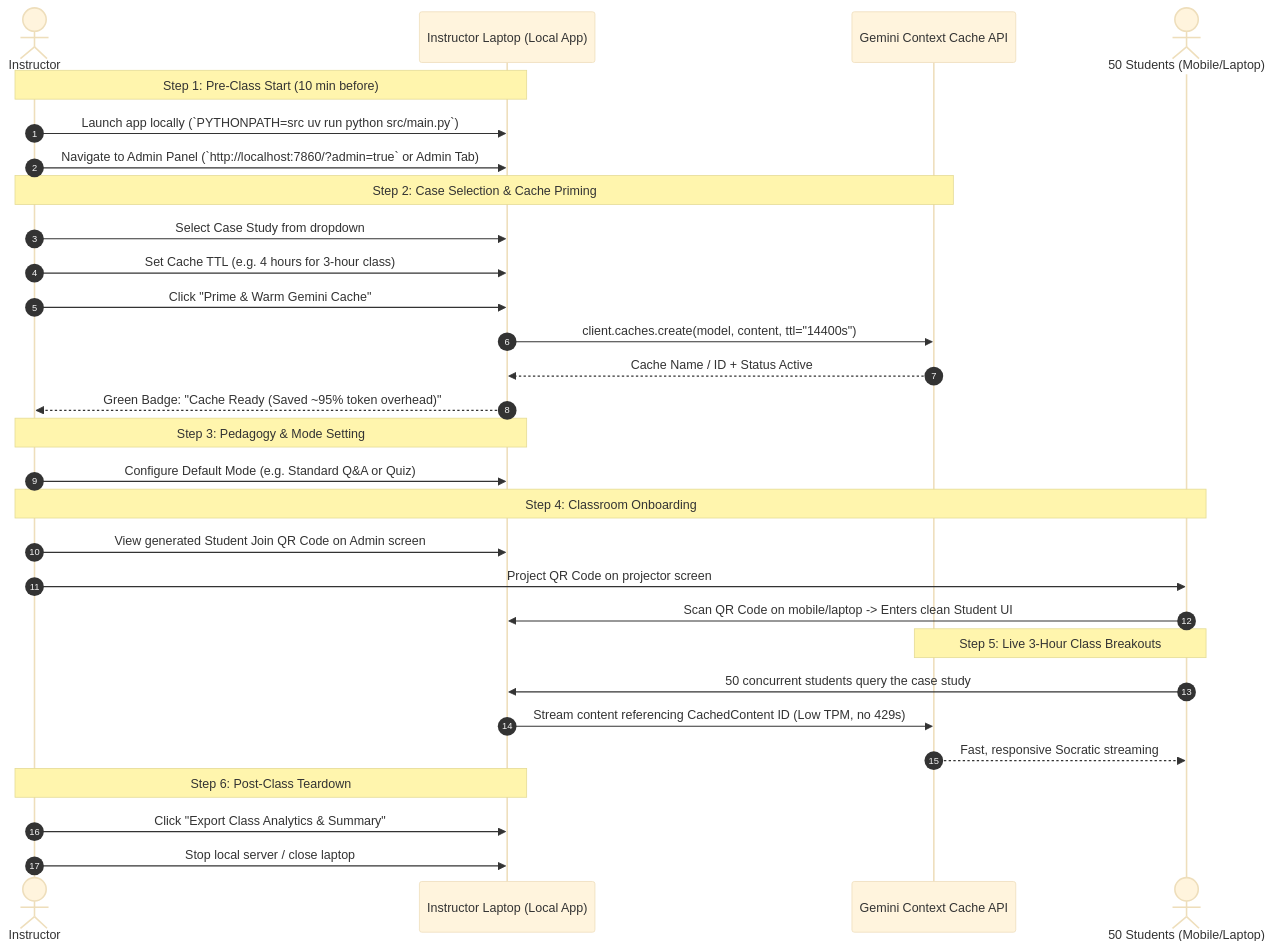
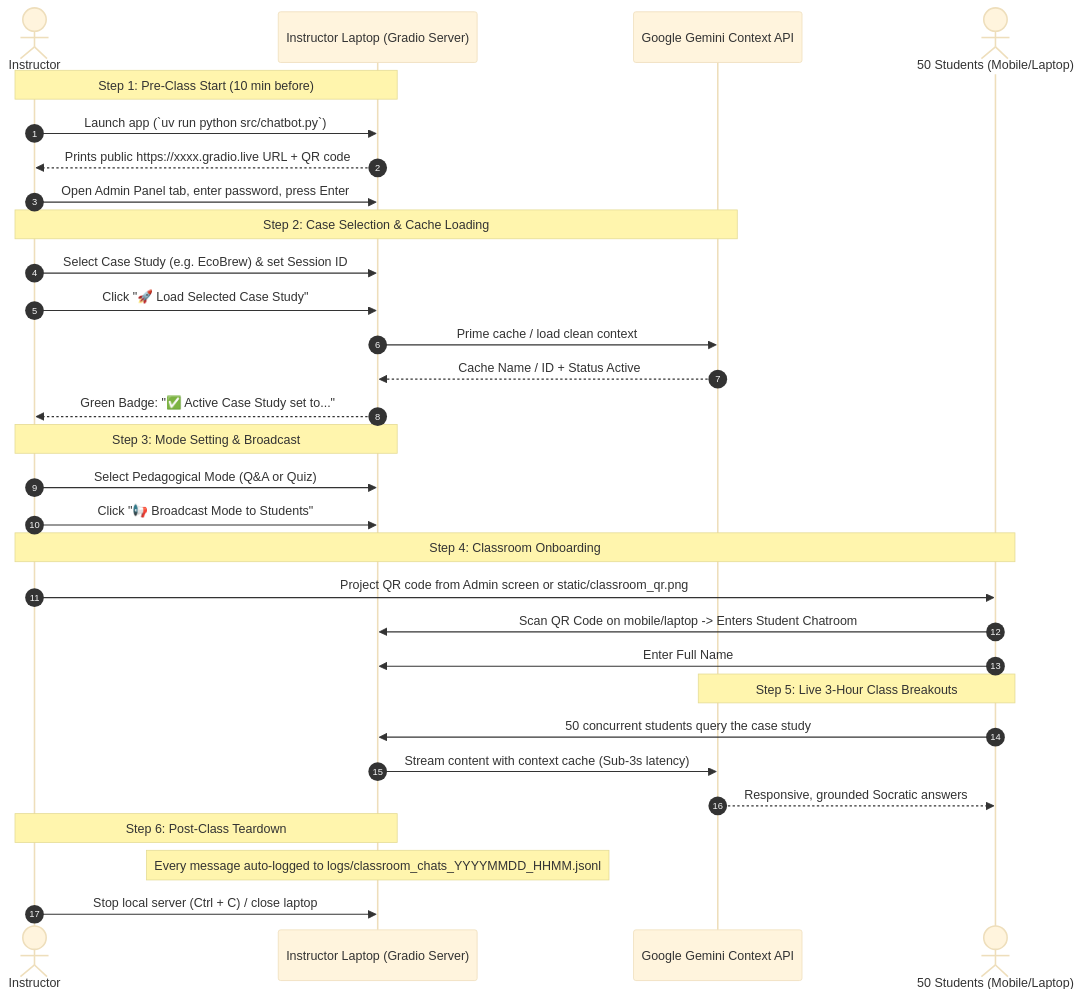
The diagram in docs/CLASSROOM_FLOW.md (questworld26-prog/case-room-jarvis), drawn with Mermaid (base theme) before and after one commit. The commit also changed other lines of this file and 56 other files, not shown here.

Commit message:
feat(cache,licensing): validate gemini api key at startup and uniform apache-2.0 headers

````diff
--- a/docs/CLASSROOM_FLOW.md
+++ b/docs/CLASSROOM_FLOW.md
@@ -18,37 +18,38 @@
 ```mermaid
 sequenceDiagram
     autonumber
     actor Instructor
-    participant App as Instructor Laptop (Local App)
-    participant Gemini as Gemini Context Cache API
+    participant App as Instructor Laptop (Gradio Server)
+    participant Gemini as Google Gemini Context API
     actor Students as 50 Students (Mobile/Laptop)
 
     Note over Instructor,App: Step 1: Pre-Class Start (10 min before)
-    Instructor->>App: Launch app locally (`PYTHONPATH=src uv run python src/main.py`)
-    Instructor->>App: Navigate to Admin Panel (`http://localhost:7860/?admin=true` or Admin Tab)
+    Instructor->>App: Launch app (`uv run python src/chatbot.py`)
+    App-->>Instructor: Prints public https://xxxx.gradio.live URL + QR code
+    Instructor->>App: Open Admin Panel tab, enter password, press Enter
     
-    Note over Instructor,Gemini: Step 2: Case Selection & Cache Priming
-    Instructor->>App: Select Case Study from dropdown
-    Instructor->>App: Set Cache TTL (e.g. 4 hours for 3-hour class)
-    Instructor->>App: Click "Prime & Warm Gemini Cache"
-    App->>Gemini: client.caches.create(model, content, ttl="14400s")
+    Note over Instructor,Gemini: Step 2: Case Selection & Cache Loading
+    Instructor->>App: Select Case Study (e.g. EcoBrew) & set Session ID
+    Instructor->>App: Click "🚀 Load Selected Case Study"
+    App->>Gemini: Prime cache / load clean context
     Gemini-->>App: Cache Name / ID + Status Active
-    App-->>Instructor: Green Badge: "Cache Ready (Saved ~95% token overhead)"
+    App-->>Instructor: Green Badge: "✅ Active Case Study set to..."
 
-    Note over Instructor,App: Step 3: Pedagogy & Mode Setting
-    Instructor->>App: Configure Default Mode (e.g. Standard Q&A or Quiz)
+    Note over Instructor,App: Step 3: Mode Setting & Broadcast
+    Instructor->>App: Select Pedagogical Mode (Q&A or Quiz)
+    Instructor->>App: Click "📢 Broadcast Mode to Students"
     
     Note over Instructor,Students: Step 4: Classroom Onboarding
-    Instructor->>App: View generated Student Join QR Code on Admin screen
-    Instructor->>Students: Project QR Code on projector screen
-    Students->>App: Scan QR Code on mobile/laptop -> Enters clean Student UI
+    Instructor->>Students: Project QR code from Admin screen or static/classroom_qr.png
+    Students->>App: Scan QR Code on mobile/laptop -> Enters Student Chatroom
+    Students->>App: Enter Full Name
     
     Note over Students,Gemini: Step 5: Live 3-Hour Class Breakouts
     Students->>App: 50 concurrent students query the case study
-    App->>Gemini: Stream content referencing CachedContent ID (Low TPM, no 429s)
-    Gemini-->>Students: Fast, responsive Socratic streaming
+    App->>Gemini: Stream content with context cache (Sub-3s latency)
+    Gemini-->>Students: Responsive, grounded Socratic answers
     
     Note over Instructor,App: Step 6: Post-Class Teardown
-    Instructor->>App: Click "Export Class Analytics & Summary"
-    Instructor->>App: Stop local server / close laptop
+    Note over App: Every message auto-logged to logs/classroom_chats_YYYYMMDD_HHMM.jsonl
+    Instructor->>App: Stop local server (Ctrl + C) / close laptop
 ```
````
